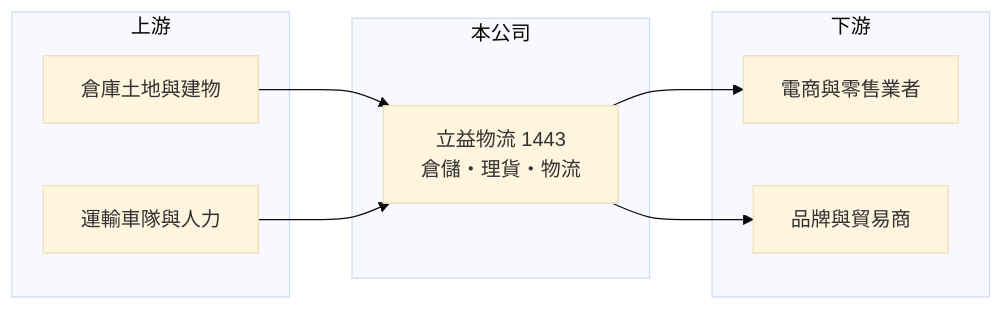
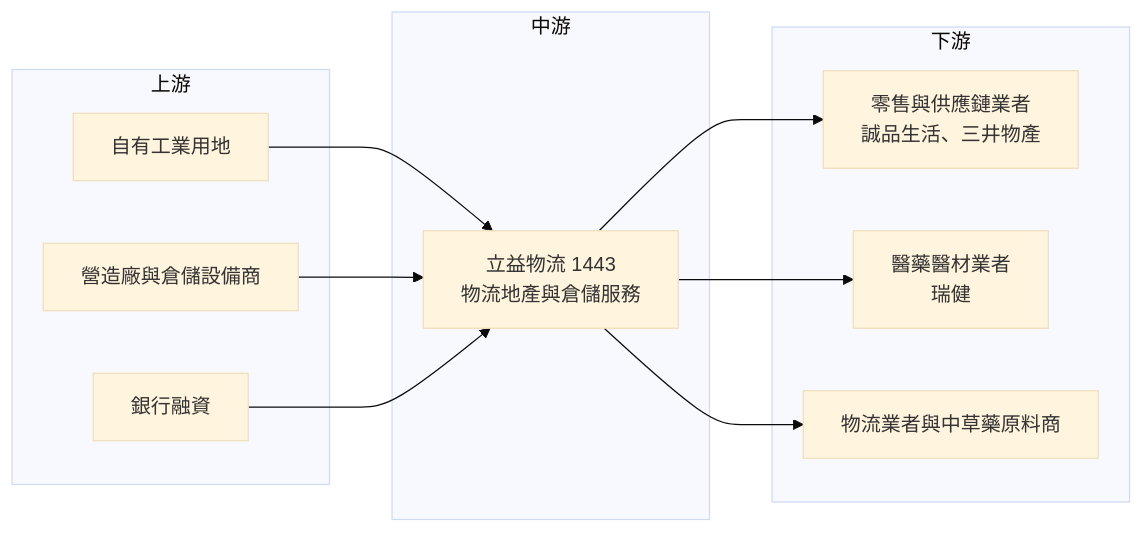
One commit to wangnick1004/taiwan-stock-vault changed the fourth of 4 diagrams in 個股/台股/1443立益物流.md. Above: the diagram before and after it, drawn with Mermaid (base theme). The commit also changed other lines of this file and 16 other files, not shown here.

````diff
--- a/個股/台股/1443立益物流.md
+++ b/個股/台股/1443立益物流.md
@@ -85,18 +220,22 @@
 ```mermaid
 flowchart LR
     subgraph 上游
-        A1["倉庫土地與建物"]
-        A2["運輸車隊與人力"]
+        A1["自有工業用地"]
+        A2["營造廠與倉儲設備商"]
+        A3["銀行融資"]
     end
-    subgraph 本公司
-        B["立益物流 1443<br/>倉儲・理貨・物流"]
+    subgraph 中游
+        B["立益物流 1443<br/>物流地產與倉儲服務"]
     end
     subgraph 下游
-        C1["電商與零售業者"]
-        C2["品牌與貿易商"]
+        C1["零售與供應鏈業者<br/>誠品生活、三井物產"]
+        C2["醫藥醫材業者<br/>瑞健"]
+        C3["物流業者與中草藥原料商"]
     end
     A1 --> B
     A2 --> B
+    A3 --> B
     B --> C1
     B --> C2
+    B --> C3
 ```
````
